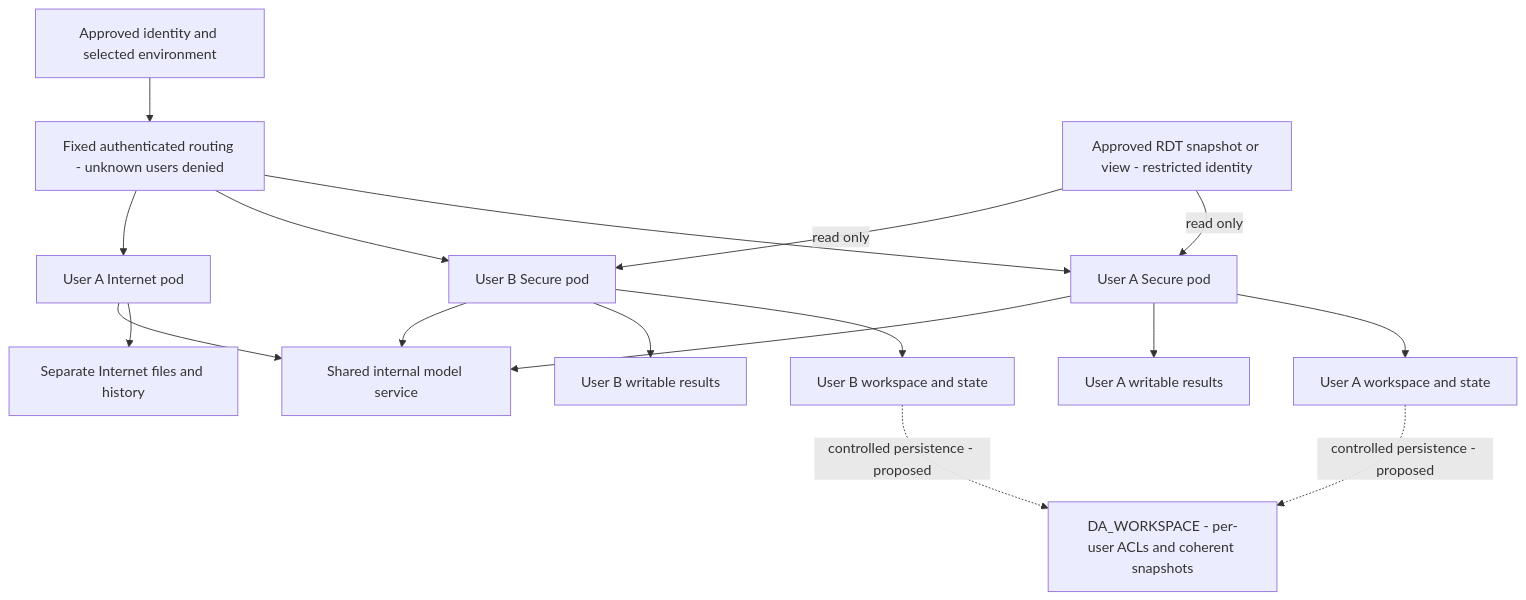
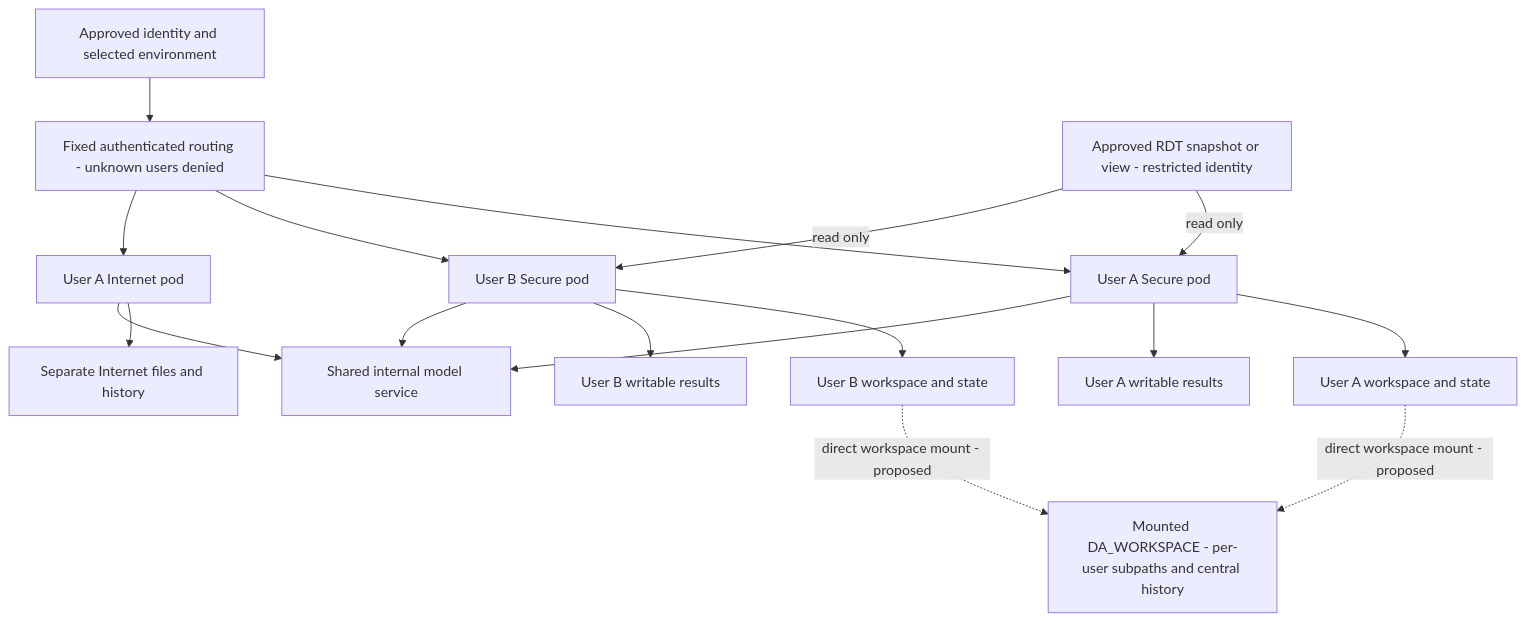
One commit to skunpoj/dsh_setup changed the second of 3 diagrams in docs/DSH_RDT_PILOT_SECURITY_CONTROL_ASSESSMENT.md. Above: the diagram before and after it, drawn with Mermaid. The commit also changed other lines of this file and 9 other files, not shown here.

````diff
--- a/docs/DSH_RDT_PILOT_SECURITY_CONTROL_ASSESSMENT.md
+++ b/docs/DSH_RDT_PILOT_SECURITY_CONTROL_ASSESSMENT.md
@@ -63,19 +63,19 @@
 ```mermaid
 flowchart TB
  U[Approved identity and selected environment] --> G[Fixed authenticated routing - unknown users denied]
  G --> A[User A Secure pod]
  G --> B[User B Secure pod]
  G --> O[User A Internet pod]
  A --> AV[User A workspace and state]
  B --> BV[User B workspace and state]
  O --> OV[Separate Internet files and history]
  R[Approved RDT snapshot or view - restricted identity] -->|read only| A
  R -->|read only| B
  A --> AR[User A writable results]
  B --> BR[User B writable results]
  A --> L[Shared internal model service]
  B --> L
  O --> L
- AV -. controlled persistence - proposed .-> DA[DA_WORKSPACE - per-user ACLs and coherent snapshots]
- BV -. controlled persistence - proposed .-> DA
+ AV -. direct workspace mount - proposed .-> DA[Mounted DA_WORKSPACE - per-user subpaths and central history]
+ BV -. direct workspace mount - proposed .-> DA
 ```
````
